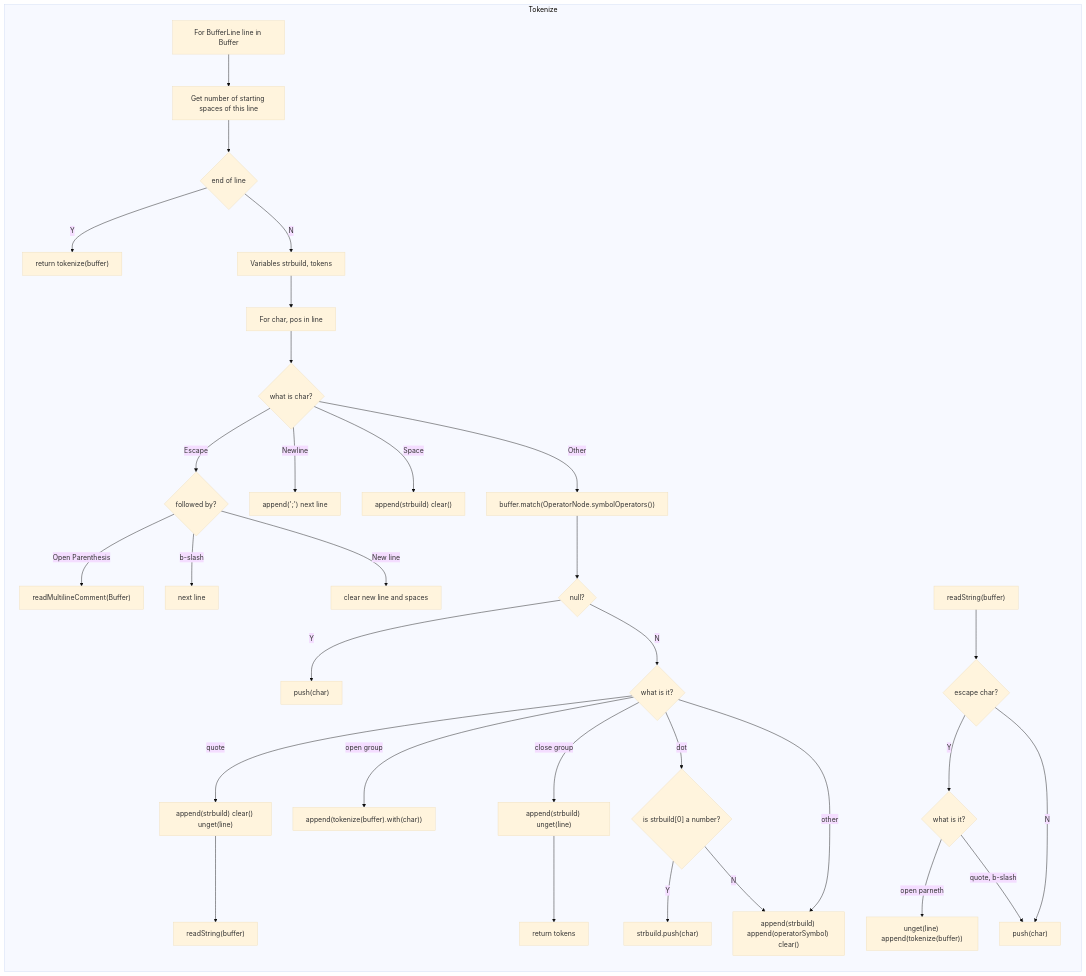
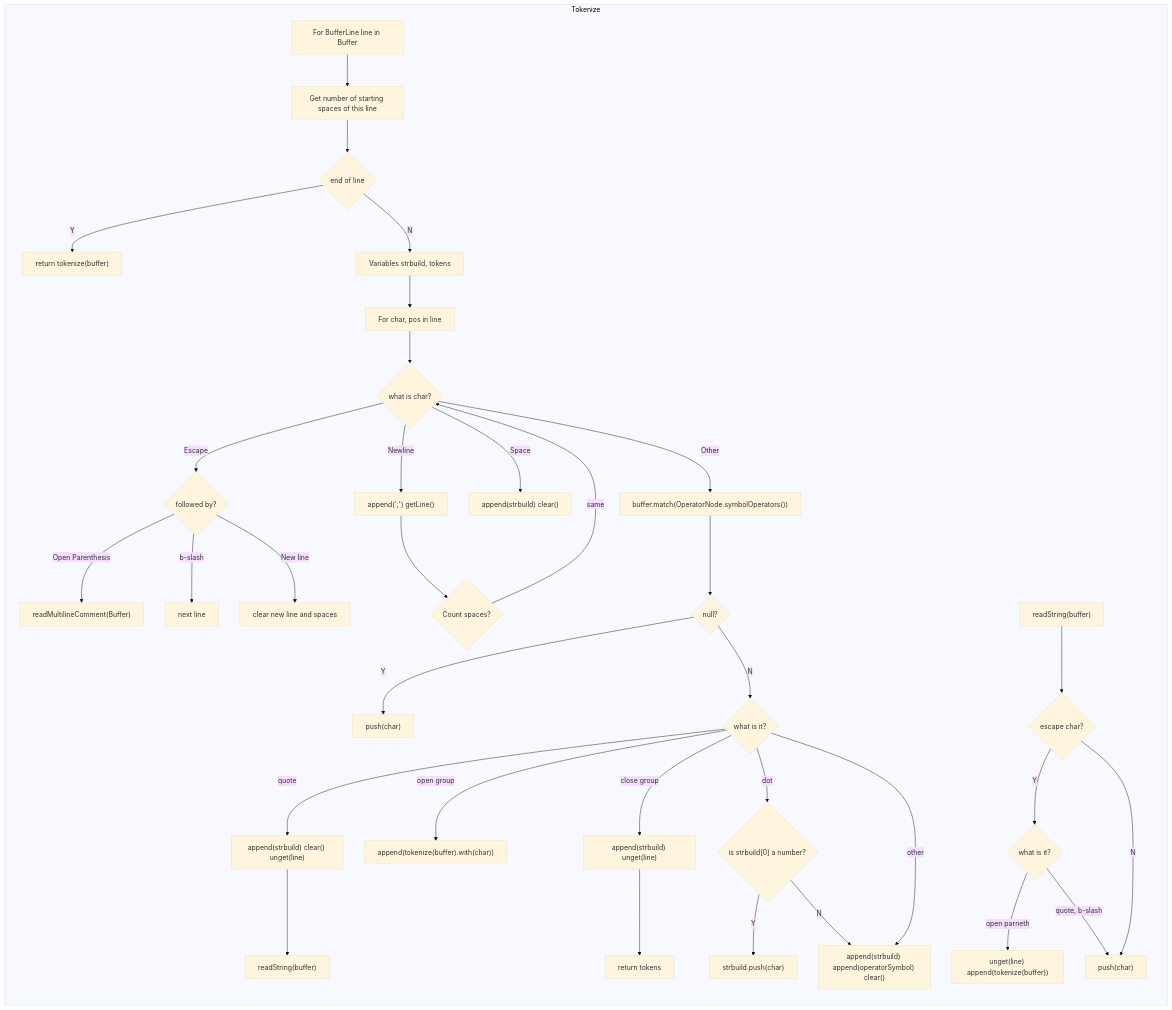
One commit to Jzhyang1/Monomer changed the eighth of 8 diagrams in Implementation.md. Above: the diagram before and after it, drawn with Mermaid (base theme). The commit also changed other lines of this file, not shown here.

Commit message:
Implementation.md updated from https://stackedit.io/

````diff
--- a/Implementation.md
+++ b/Implementation.md
@@ -259,37 +259,39 @@
 ```mermaid
 graph LR
 subgraph sg1["Tokenize"]
 	A[For BufferLine line in Buffer] --> B[Get number of starting spaces of this line]
 	--> C1{end of line}
 	C1 -- Y --> C2["return tokenize(buffer)"]
 	C1 -- N --> C[Variables strbuild, tokens]
 	 --> D[For char, pos in line] 
 	 --> E{what is char?}
 	E -- Escape --> E1{followed by?}
 	E1 --"Open Parenthesis"--> E11["readMultilineComment(Buffer)"]
 	E1 --"b-slash"--> E12[next line]
 	E1 --"New line"--> E13[clear new line and spaces]
-	E -- Newline --> E2["append(';') next line"]
+	E -- Newline --> E2["append(';') getLine()"]
+	--> EA{Count spaces?}
+	EA -- same -->
 	E -- Space --> E3["append(strbuild) clear()"]
 	E -- Other --> F["buffer.match(OperatorNode.symbolOperators())"]
 	F --> G{null?}
 	G -- Y --> H["push(char)"]
 	G -- N --> Z{what is it?}
 	Z -- quote --> J["append(strbuild) clear() unget(line)"]
 	J --> P["readString(buffer)"] 
 	Z -- "open group"
 	 --> AC["append(tokenize(buffer).with(char))"]
 	Z -- "close group" --> BA["append(strbuild) unget(line)"]
 	--> BB[return tokens]
 	Z -- dot --> K{"is strbuild[0] a number?"}
 	K -- Y --> L["strbuild.push(char)"]
 	K -- N --> I
 	Z -- other --> I["append(strbuild) append(operatorSymbol) clear()"]
 
 AP["readString(buffer)"] --> Q{escape char?}
 	Q -- Y --> R{what is it?}
 	R -- "open parneth" --> T["unget(line) append(tokenize(buffer))"]
 	R -- "quote, b-slash" --> S
 	Q -- N --> S["push(char)"]
 end
 ```
````
